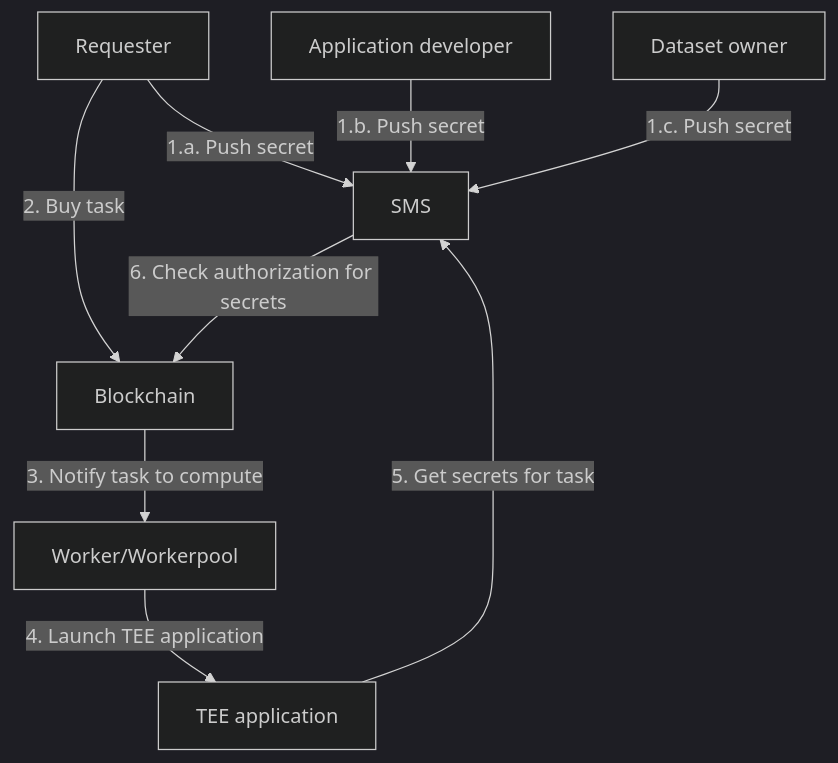
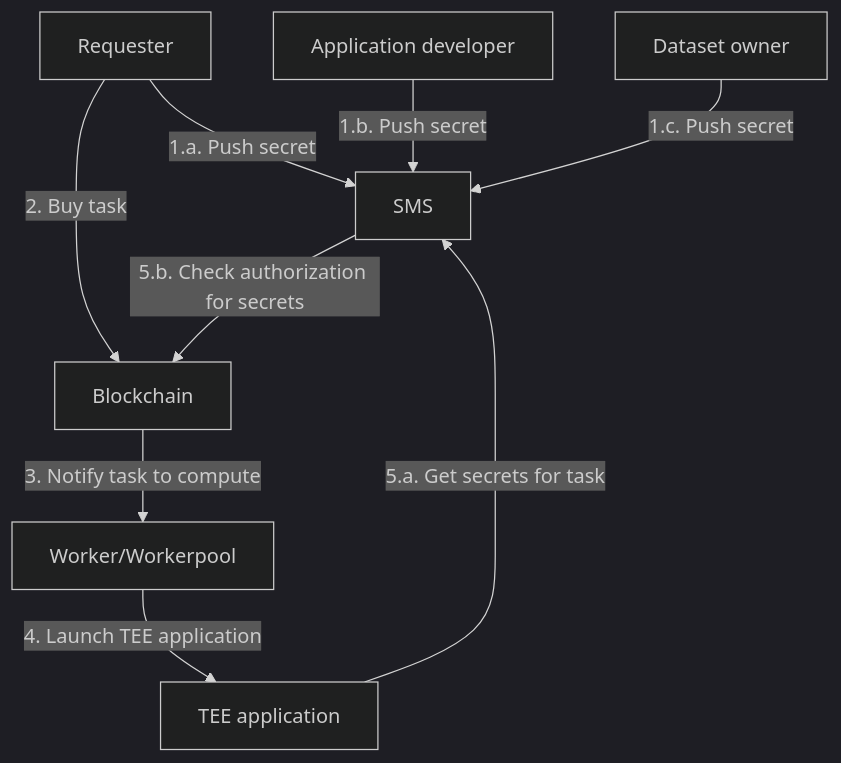
Before and after one commit to iExecBlockchainComputing/documentation: the diagram in for-developers/confidential-computing/access-confidential-assets.md, drawn with Mermaid (dark theme).

Commit message:
Same call for get secrets in diagram

````diff
--- a/for-developers/confidential-computing/access-confidential-assets.md
+++ b/for-developers/confidential-computing/access-confidential-assets.md
@@ -17,11 +17,11 @@
 ```mermaid
 graph TD
     Req[Requester] -->|1.a. Push secret| SMS[SMS]
     AppDev[Application developer] -->|1.b. Push secret| SMS
     DatasetOwn[Dataset owner] -->|1.c. Push secret| SMS
     Req --> |2. Buy task| Chain
     Chain[Blockchain] --> |3. Notify task to compute| Worker[Worker/Workerpool]
     Worker --> |4. Launch TEE application| App[TEE application]
-    App --> |5. Get secrets for task| SMS
-    SMS --> |6. Check authorization for secrets| Chain
+    App --> |5.a. Get secrets for task| SMS
+    SMS --> |5.b. Check authorization for secrets| Chain
 ```
````
